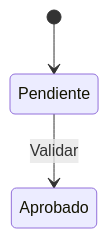
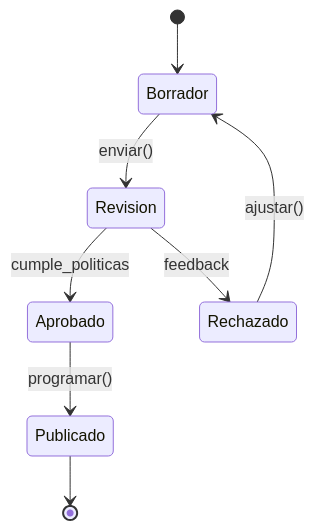
The first of 6 diagrams in knowledge/state.md (sc4rfacex/straight), drawn with Mermaid before and after one commit. The commit also changed other lines of this file and 2 other files, not shown here.

Commit message:
Expandir guías de diagramas críticos

````diff
--- a/knowledge/state.md
+++ b/knowledge/state.md
@@ -26,5 +21,10 @@
 ```mermaid
 stateDiagram-v2
-    [*] --> Pendiente
-    Pendiente --> Aprobado: Validar
+    [*] --> Borrador
+    Borrador --> Revision : enviar()
+    Revision --> Aprobado : cumple_politicas
+    Revision --> Rechazado : feedback
+    Rechazado --> Borrador : ajustar()
+    Aprobado --> Publicado : programar()
+    Publicado --> [*]
 ```
````
